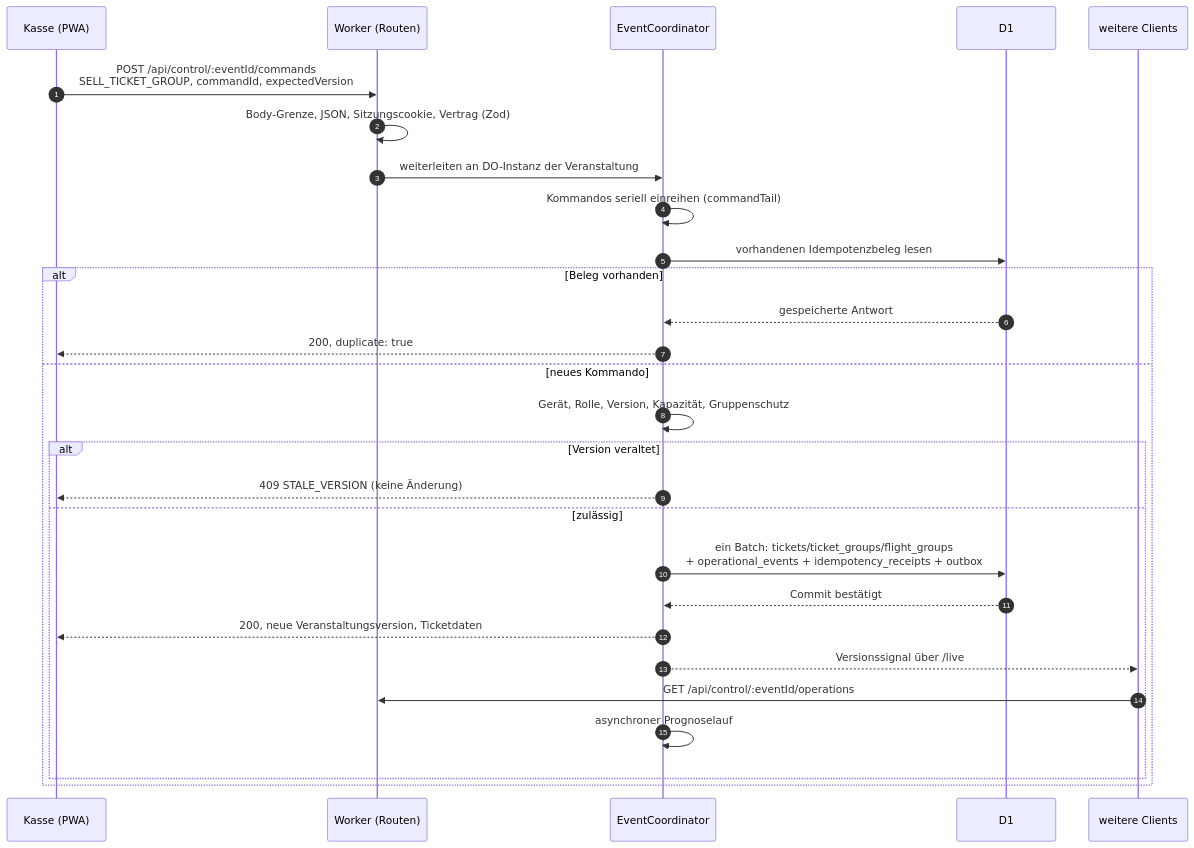
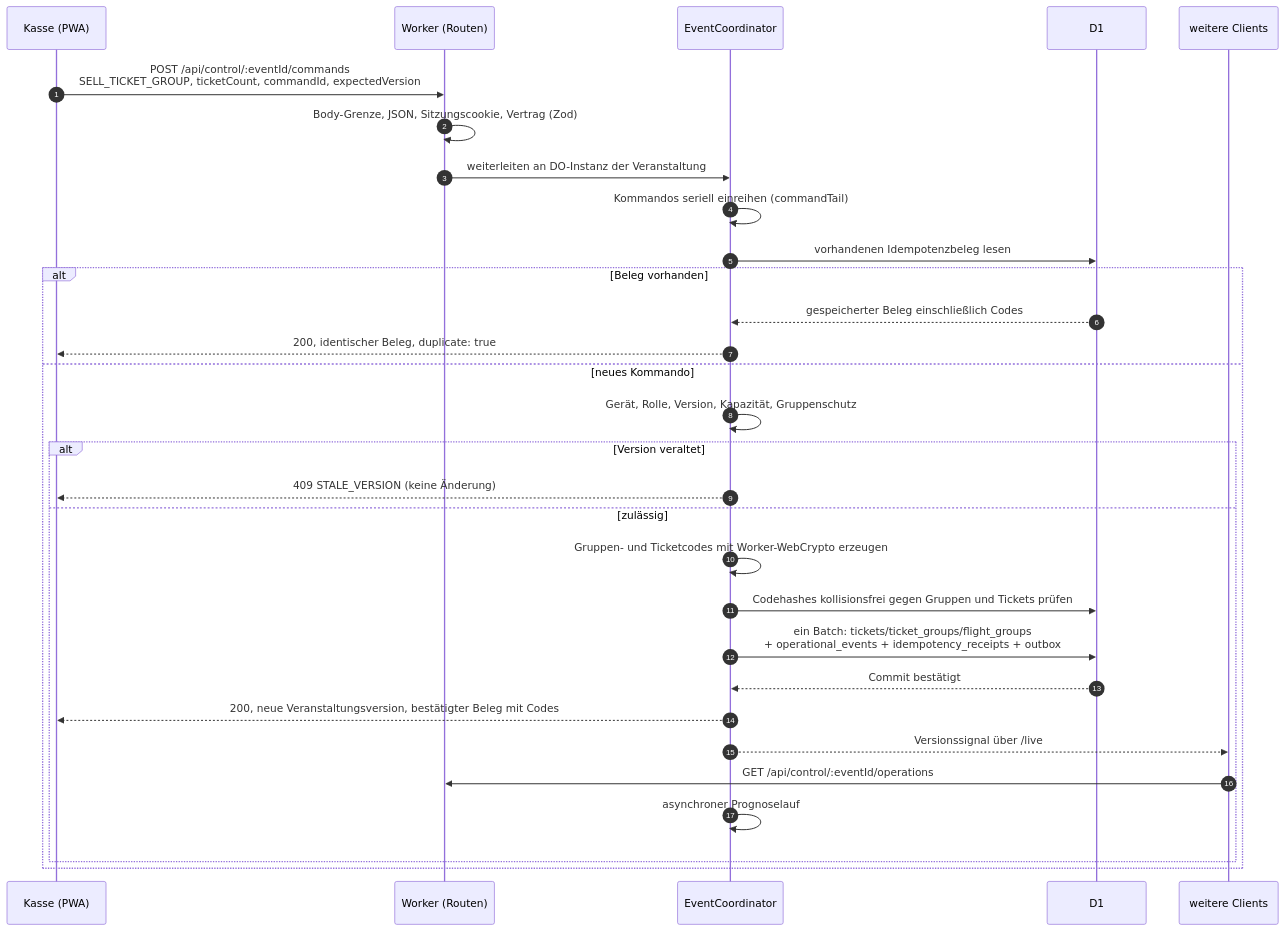
The first of 6 diagrams in docs/arc42/06-laufzeitsicht.md (aguther/rundflug-leitstand), drawn with Mermaid before and after one commit. The commit also changed other lines of this file and 34 other files, not shown here.

First line of the commit message:
fix(ticket): allocate public codes in worker

````diff
--- a/docs/arc42/06-laufzeitsicht.md
+++ b/docs/arc42/06-laufzeitsicht.md
@@ -5,31 +5,33 @@
 ```mermaid
 sequenceDiagram
     autonumber
     participant K as Kasse (PWA)
     participant W as Worker (Routen)
     participant DO as EventCoordinator
     participant D as D1
     participant C as weitere Clients
 
-    K->>W: POST /api/control/:eventId/commands<br/>SELL_TICKET_GROUP, commandId, expectedVersion
+    K->>W: POST /api/control/:eventId/commands<br/>SELL_TICKET_GROUP, ticketCount, commandId, expectedVersion
     W->>W: Body-Grenze, JSON, Sitzungscookie, Vertrag (Zod)
     W->>DO: weiterleiten an DO-Instanz der Veranstaltung
     DO->>DO: Kommandos seriell einreihen (commandTail)
     DO->>D: vorhandenen Idempotenzbeleg lesen
     alt Beleg vorhanden
-        D-->>DO: gespeicherte Antwort
-        DO-->>K: 200, duplicate: true
+        D-->>DO: gespeicherter Beleg einschließlich Codes
+        DO-->>K: 200, identischer Beleg, duplicate: true
     else neues Kommando
         DO->>DO: Gerät, Rolle, Version, Kapazität, Gruppenschutz
         alt Version veraltet
             DO-->>K: 409 STALE_VERSION (keine Änderung)
         else zulässig
+            DO->>DO: Gruppen- und Ticketcodes mit Worker-WebCrypto erzeugen
+            DO->>D: Codehashes kollisionsfrei gegen Gruppen und Tickets prüfen
             DO->>D: ein Batch: tickets/ticket_groups/flight_groups<br/>+ operational_events + idempotency_receipts + outbox
             D-->>DO: Commit bestätigt
-            DO-->>K: 200, neue Veranstaltungsversion, Ticketdaten
+            DO-->>K: 200, neue Veranstaltungsversion, bestätigter Beleg mit Codes
             DO-->>C: Versionssignal über /live
             C->>W: GET /api/control/:eventId/operations
             DO->>DO: asynchroner Prognoselauf
         end
     end
 ```
````
